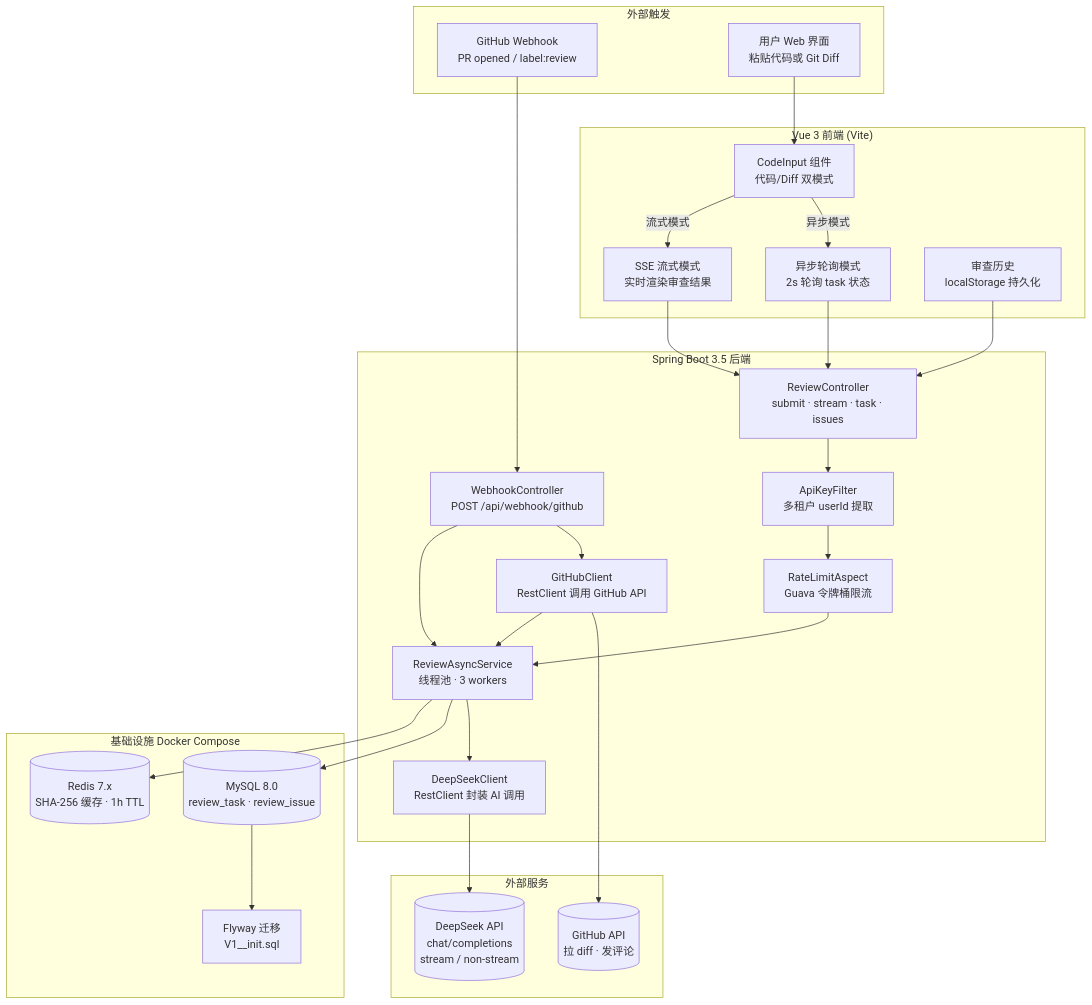
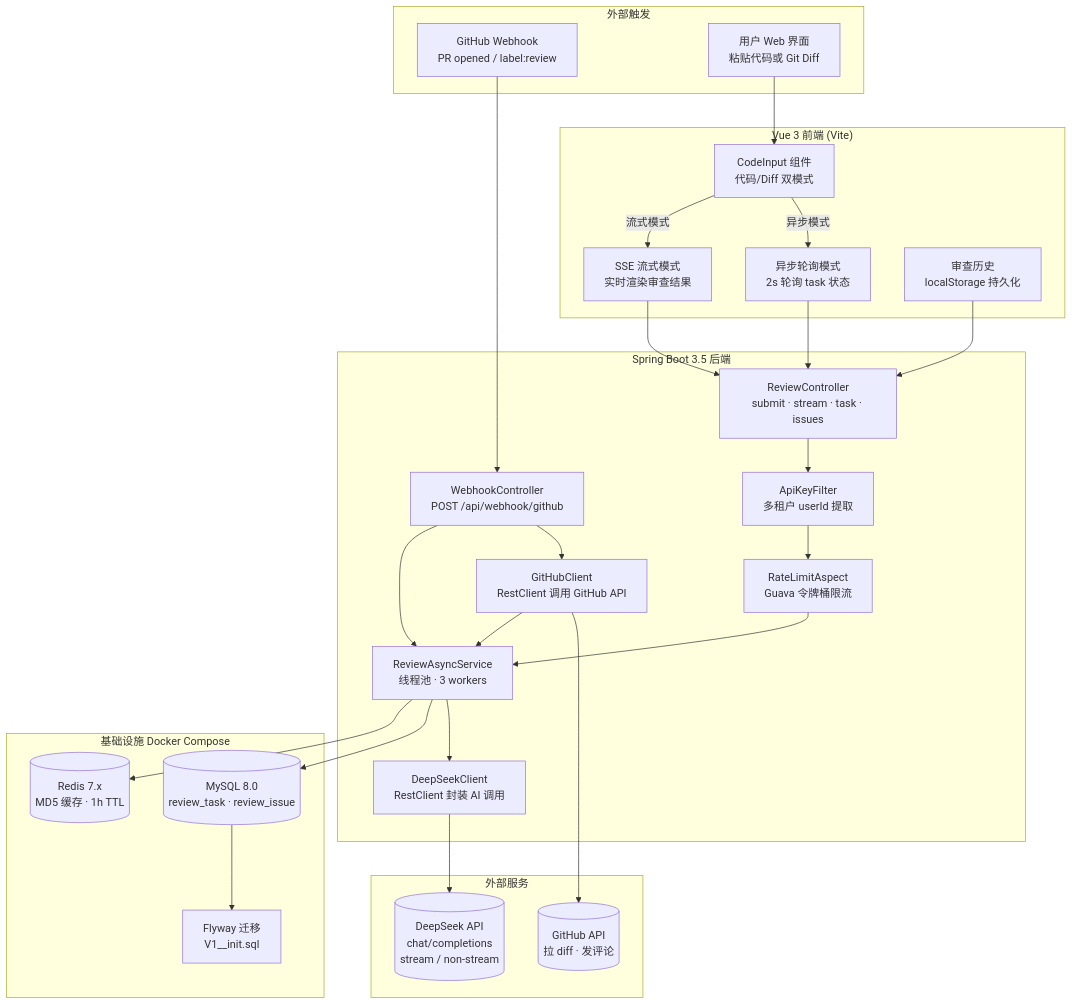
One commit to spider-freedom/code-review-bot changed the diagram in README.md. Above: the diagram before and after it, drawn with Mermaid. The commit also changed other lines of this file, not shown here.

````diff
--- a/README.md
+++ b/README.md
@@ -111,54 +111,54 @@
 ```mermaid
 flowchart TB
     subgraph External["外部触发"]
         GH[GitHub Webhook<br/>PR opened / label:review]
         User[用户 Web 界面<br/>粘贴代码或 Git Diff]
     end
 
     subgraph Frontend["Vue 3 前端 (Vite)"]
         CodeInput[CodeInput 组件<br/>代码/Diff 双模式]
         SSEMode[SSE 流式模式<br/>实时渲染审查结果]
         PollMode[异步轮询模式<br/>2s 轮询 task 状态]
         History[审查历史<br/>localStorage 持久化]
     end
 
     subgraph Backend["Spring Boot 3.5 后端"]
         WHC[WebhookController<br/>POST /api/webhook/github]
         RC[ReviewController<br/>submit · stream · task · issues]
         GHClient[GitHubClient<br/>RestClient 调用 GitHub API]
         DSC[DeepSeekClient<br/>RestClient 封装 AI 调用]
         RAS[ReviewAsyncService<br/>线程池 · 3 workers]
         Filter[ApiKeyFilter<br/>多租户 userId 提取]
         RateLimit[RateLimitAspect<br/>Guava 令牌桶限流]
     end
 
     subgraph ExternalSvc["外部服务"]
         GHApi[(GitHub API<br/>拉 diff · 发评论)]
         DSApi[(DeepSeek API<br/>chat/completions<br/>stream / non-stream)]
     end
 
     subgraph Infra["基础设施 Docker Compose"]
         MySQL[(MySQL 8.0<br/>review_task · review_issue)]
-        Redis[(Redis 7.x<br/>SHA-256 缓存 · 1h TTL)]
+        Redis[(Redis 7.x<br/>MD5 缓存 · 1h TTL)]
         FlywayM[Flyway 迁移<br/>V1__init.sql]
     end
 
     GH --> WHC
     WHC --> GHClient --> GHApi
     WHC --> RAS --> DSC --> DSApi
     GHClient --> RAS
 
     User --> CodeInput
     CodeInput -->|异步模式| PollMode
     CodeInput -->|流式模式| SSEMode
     PollMode --> RC
     SSEMode --> RC
     History --> RC
 
     RC --> Filter
     Filter --> RateLimit
     RateLimit --> RAS
     RAS --> MySQL
     RAS --> Redis
     MySQL --> FlywayM
 ```
````
